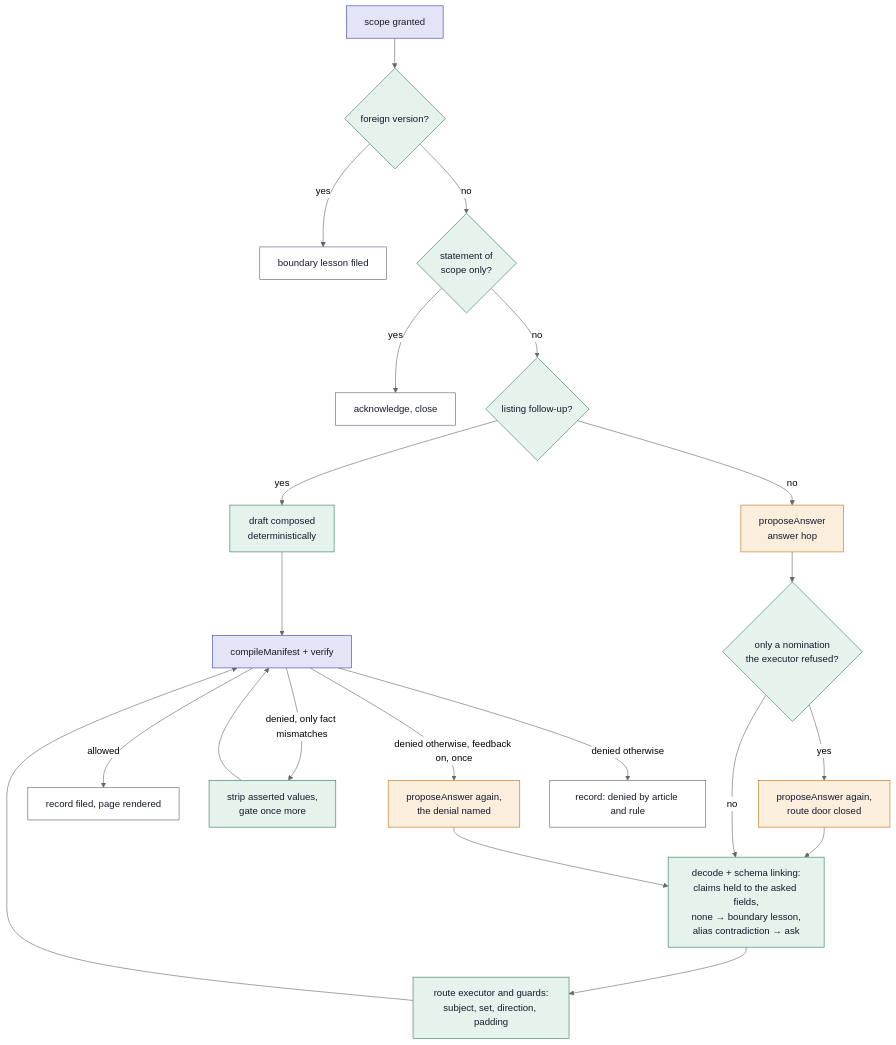
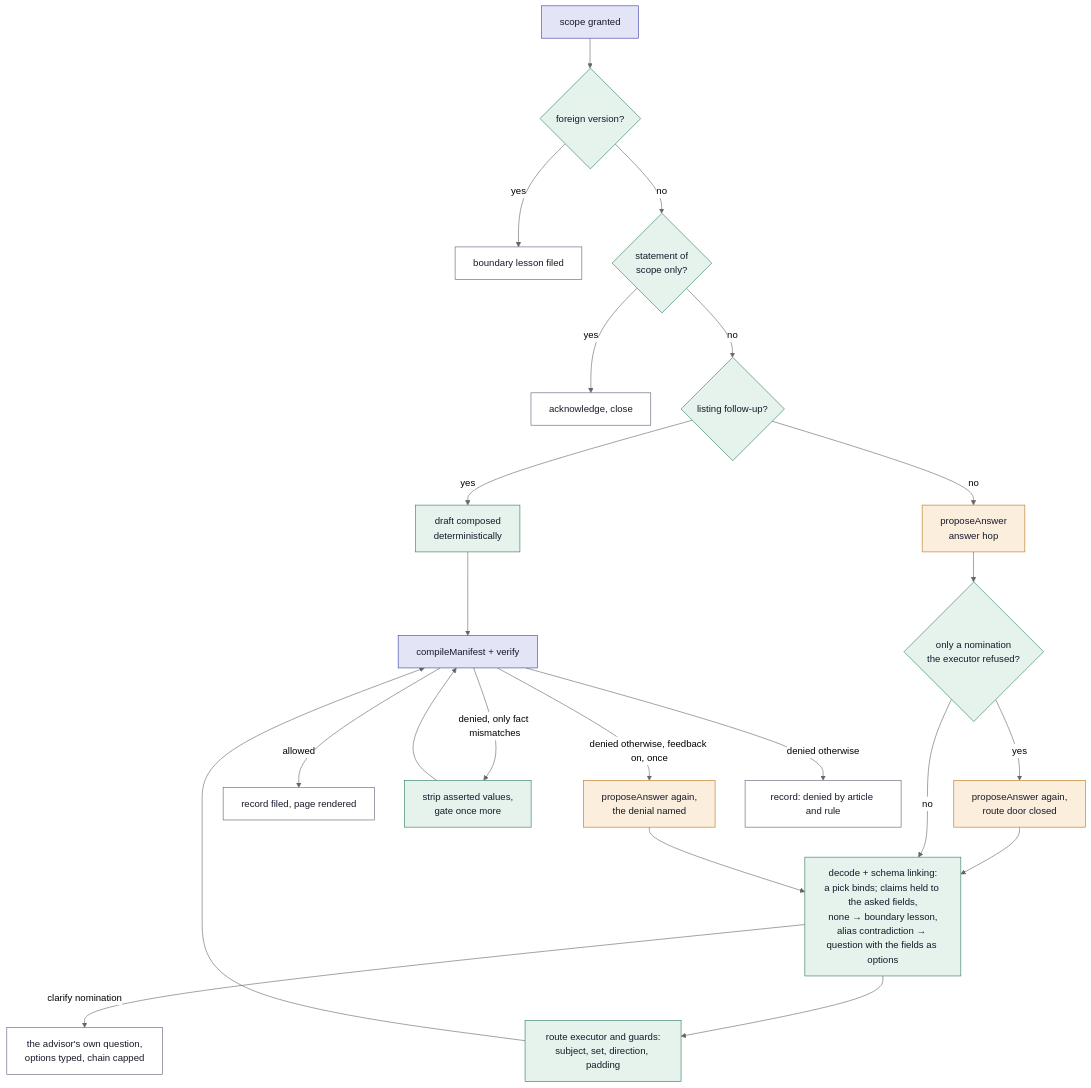
One commit to TwoCoastLabs/regulated-pokemon changed the third of 4 diagrams in docs/session-flow.md. Above: the diagram before and after it, drawn with Mermaid (neutral theme). The commit also changed other lines of this file and 25 other files, not shown here.

````diff
--- a/docs/session-flow.md
+++ b/docs/session-flow.md
@@ -120,24 +134,25 @@
 ```mermaid
 flowchart TD
     classDef det fill:#e6f2ec,stroke:#2e7d5b,color:#16192b
     classDef model fill:#fbeedd,stroke:#b8761a,color:#16192b
     classDef kernel fill:#e3e5f7,stroke:#3b3fa8,color:#16192b
     classDef out fill:#ffffff,stroke:#5b6078,color:#16192b
 
     G[scope granted]:::kernel --> F{foreign version?}:::det
     F -- yes --> F1[boundary lesson filed]:::out
     F -- no --> P{statement of<br/>scope only?}:::det
     P -- yes --> P1[acknowledge, close]:::out
     P -- no --> B{listing follow-up?}:::det
     B -- yes --> B1[draft composed<br/>deterministically]:::det --> V
     B -- no --> M3[proposeAnswer<br/>answer hop]:::model
     M3 --> RF{only a nomination<br/>the executor refused?}:::det
     RF -- yes --> M4[proposeAnswer again,<br/>route door closed]:::model --> D
-    RF -- no --> D[decode + schema linking:<br/>claims held to the asked fields,<br/>none → boundary lesson,<br/>alias contradiction → ask]:::det
+    RF -- no --> D[decode + schema linking:<br/>a pick binds; claims held to the asked fields,<br/>none → boundary lesson,<br/>alias contradiction → question with the fields as options]:::det
+    D -- clarify nomination --> CL2[the advisor's own question,<br/>options typed, chain capped]:::out
     D --> E[route executor and guards:<br/>subject, set, direction, padding]:::det
     E --> V[compileManifest + verify]:::kernel
     V -- allowed --> OK[record filed, page rendered]:::out
     V -- denied, only fact mismatches --> REP[strip asserted values,<br/>gate once more]:::det --> V
     V -- denied otherwise, feedback on, once --> FB[proposeAnswer again,<br/>the denial named]:::model --> D
     V -- denied otherwise --> DN[record: denied by article and rule]:::out
 ```
````
